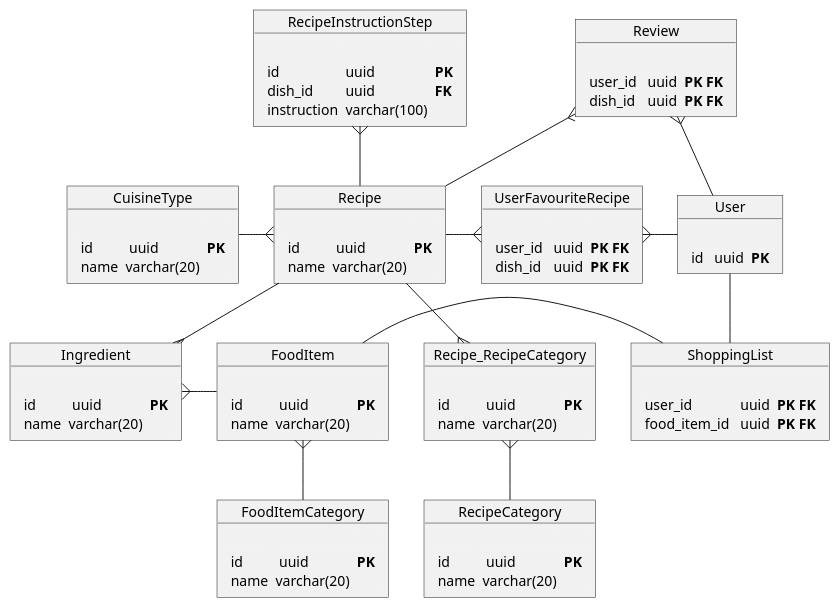
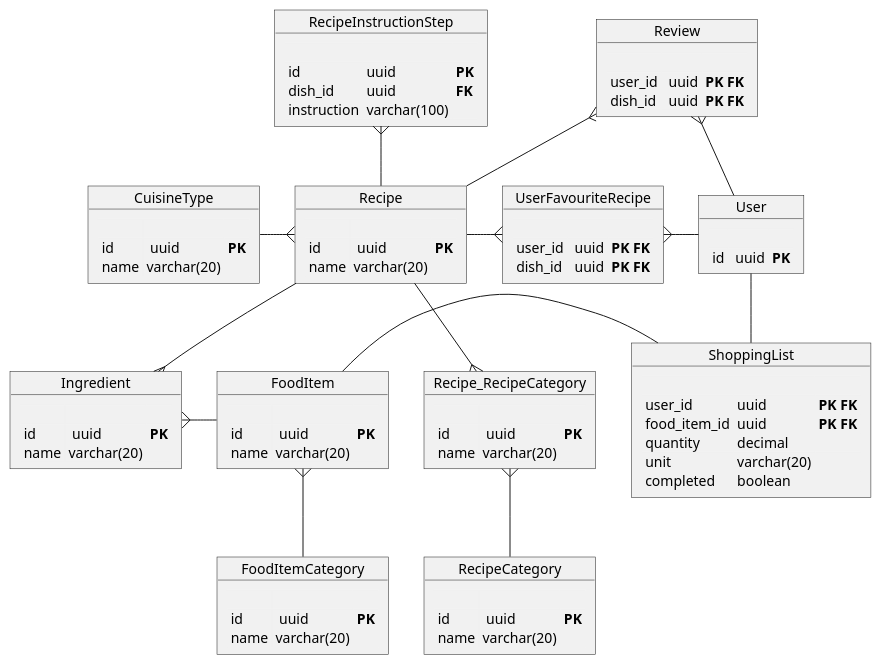
The diagram in docs/db-schema.puml (oskarski/inzynierka), drawn with PlantUML before and after one commit.

Commit message:
defined `ShoppingList` schema

```diff
--- a/docs/db-schema.puml
+++ b/docs/db-schema.puml
@@ -1,89 +1,90 @@
 @startuml
 object Recipe {
     <#F1F1F1,#F1F1F1>|= |= |= |
     | id |  uuid | **PK** |
     | name | varchar(20) |
 }
 
 object RecipeInstructionStep {
     <#F1F1F1,#F1F1F1>|= |= |= |
     | id | uuid | **PK** |
     | dish_id | uuid | **FK** |
     | instruction | varchar(100) |
 }
 
 object Ingredient {
   <#F1F1F1,#F1F1F1>|= |= |= |
     | id |  uuid | **PK** |
     | name | varchar(20) |
 }
 
 object FoodItem {
   <#F1F1F1,#F1F1F1>|= |= |= |
     | id |  uuid | **PK** |
     | name | varchar(20) |
 }
 
 object FoodItemCategory {
   <#F1F1F1,#F1F1F1>|= |= |= |
     | id |  uuid | **PK** |
     | name | varchar(20) |
 }
 
 object CuisineType {
     <#F1F1F1,#F1F1F1>|= |= |= |
     | id |  uuid | **PK** |
     | name | varchar(20) |
 }
 
 object RecipeCategory {
     <#F1F1F1,#F1F1F1>|= |= |= |
     | id |  uuid | **PK** |
     | name | varchar(20) |
 }
 
 object Recipe_RecipeCategory {
     <#F1F1F1,#F1F1F1>|= |= |= |
     | id |  uuid | **PK** |
     | name | varchar(20) |
 }
 
 object User {
     <#F1F1F1,#F1F1F1>|= |= |= |
     | id |  uuid | **PK** |
 }
 
 object UserFavouriteRecipe {
     <#F1F1F1,#F1F1F1>|= |= |= |
     | user_id |  uuid | **PK FK** |
     | dish_id |  uuid | **PK FK** |
 }
 
 object Review {
     <#F1F1F1,#F1F1F1>|= |= |= |
     | user_id |  uuid | **PK FK** |
     | dish_id |  uuid | **PK FK** |
 }
 
 object ShoppingList {
     <#F1F1F1,#F1F1F1>|= |= |= |
-    | user_id |  uuid | **PK FK** |
-    | food_item_id |  uuid | **PK FK** |
+    | user_id | uuid | **PK FK** |
+    | food_item_id | uuid | **PK FK** |
+    | quantity | decimal | |
+    | unit | varchar(20) | |
+    | completed | boolean | |
 }
 
 Recipe -down-{ Ingredient
 RecipeInstructionStep }-- Recipe
 Ingredient }-right- FoodItem
 FoodItem }-- FoodItemCategory
 Recipe }-left- CuisineType
-
 Recipe --{ Recipe_RecipeCategory
 Recipe_RecipeCategory }-- RecipeCategory
-
 Recipe -right-{ UserFavouriteRecipe
 UserFavouriteRecipe }-right- User
 Recipe -up-{ Review
 Review }-down- User
 User -- ShoppingList
 ShoppingList -left- FoodItem
 @enduml
```
